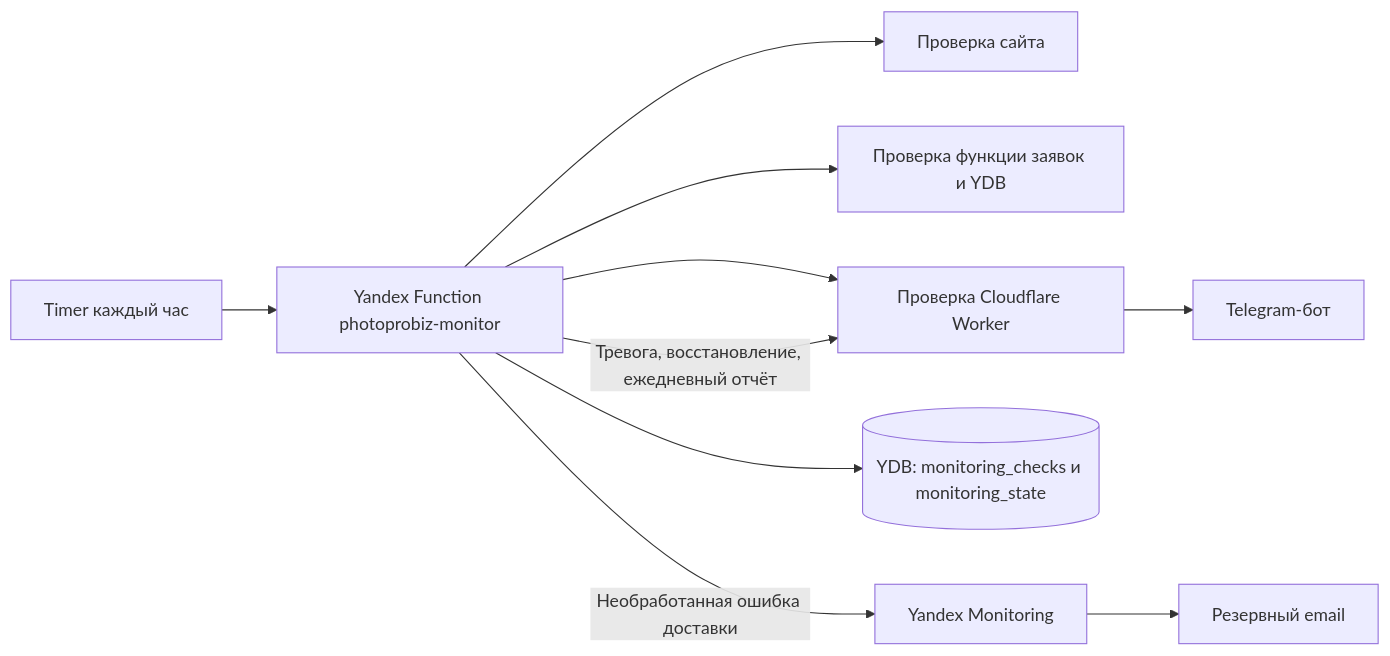
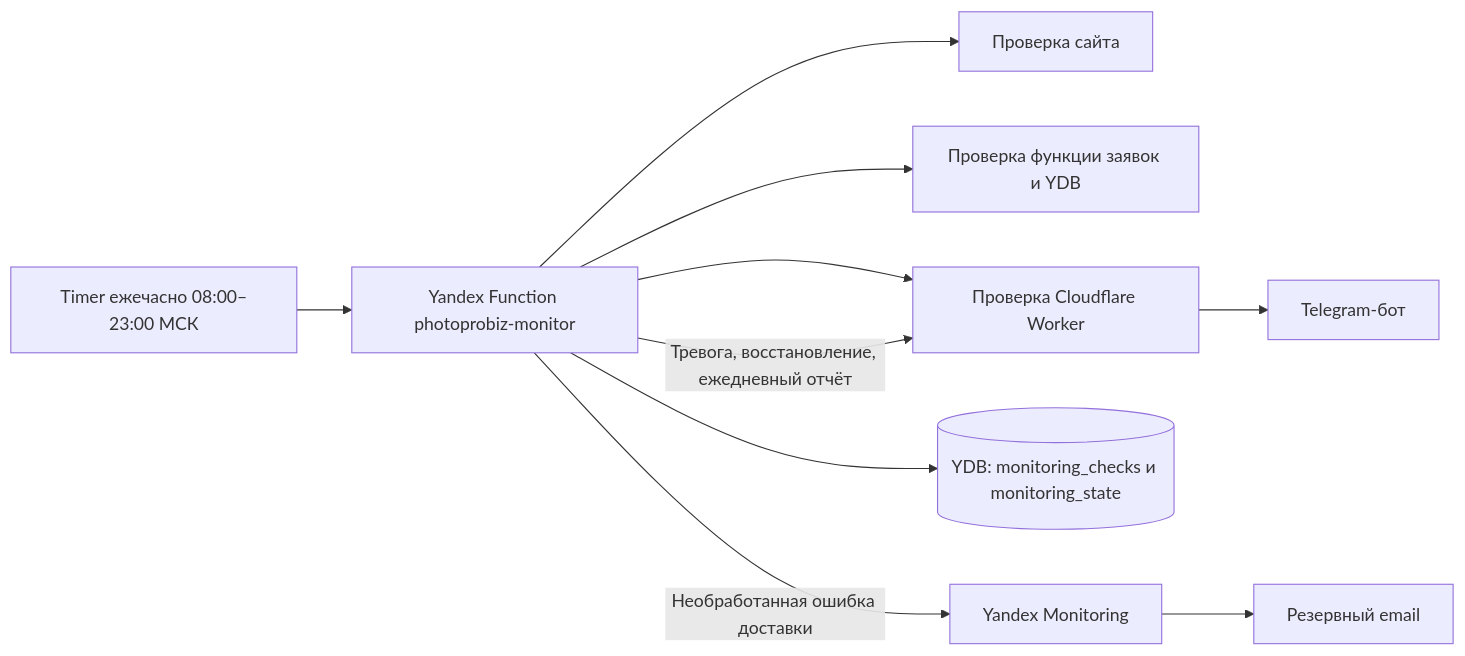
Before and after one commit to kuznetsovphotographer-prog/photoprobiz: the second of 2 diagrams in PROJECT-STATUS.md, drawn with Mermaid. The commit also changed other lines of this file and 20 other files, not shown here.

````diff
--- a/PROJECT-STATUS.md
+++ b/PROJECT-STATUS.md
@@ -40,12 +44,12 @@
 ```mermaid
 flowchart LR
-    T[Timer каждый час] --> M[Yandex Function photoprobiz-monitor]
+    T[Timer ежечасно 08:00–23:00 МСК] --> M[Yandex Function photoprobiz-monitor]
     M --> S[Проверка сайта]
     M --> Y[Проверка функции заявок и YDB]
     M --> W[Проверка Cloudflare Worker]
     M --> H[(YDB: monitoring_checks и monitoring_state)]
     M -->|Тревога, восстановление, ежедневный отчёт| W
     W --> TG[Telegram-бот]
     M -->|Необработанная ошибка доставки| YM[Yandex Monitoring]
     YM --> EM[Резервный email]
 ```
````
